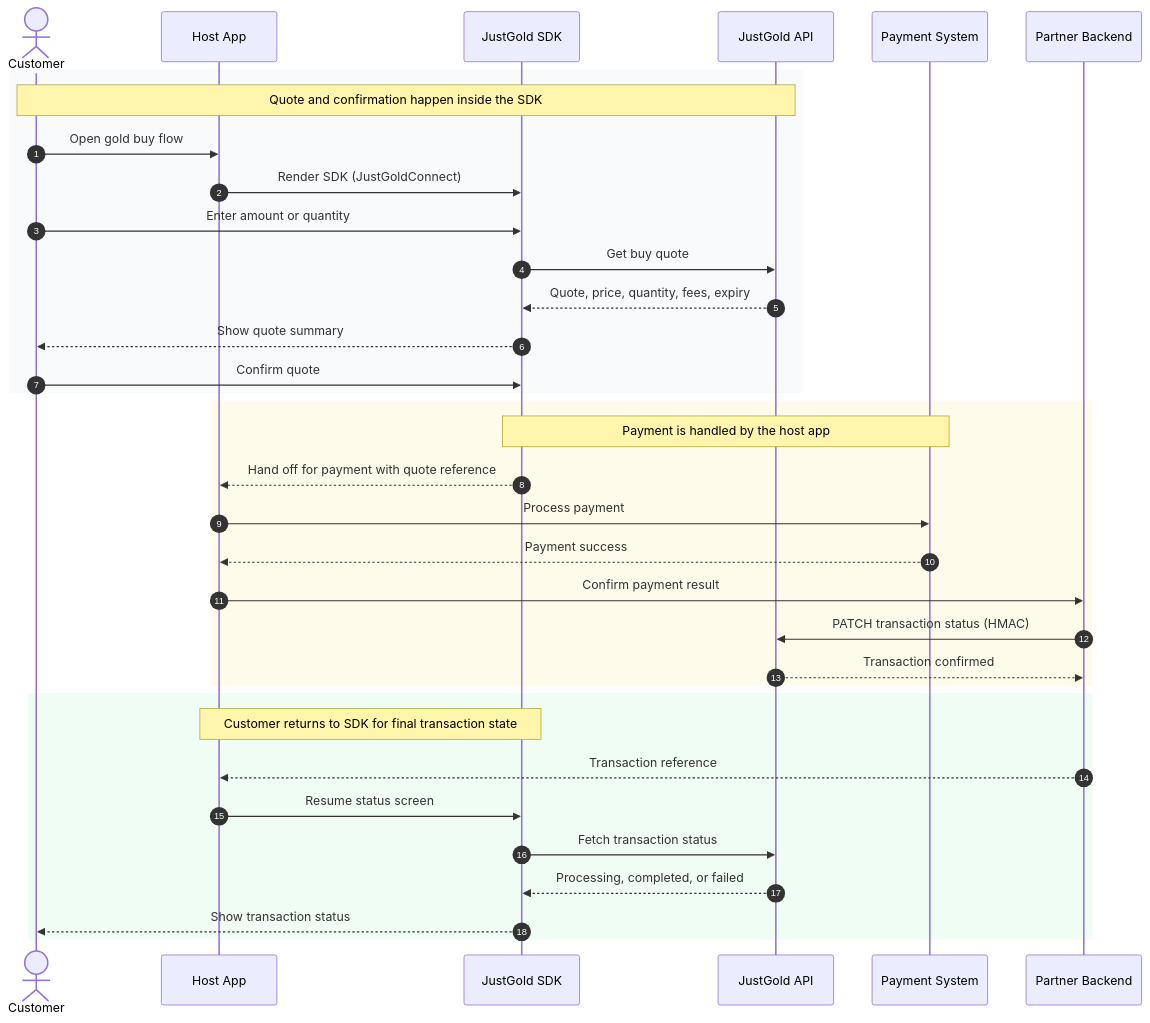
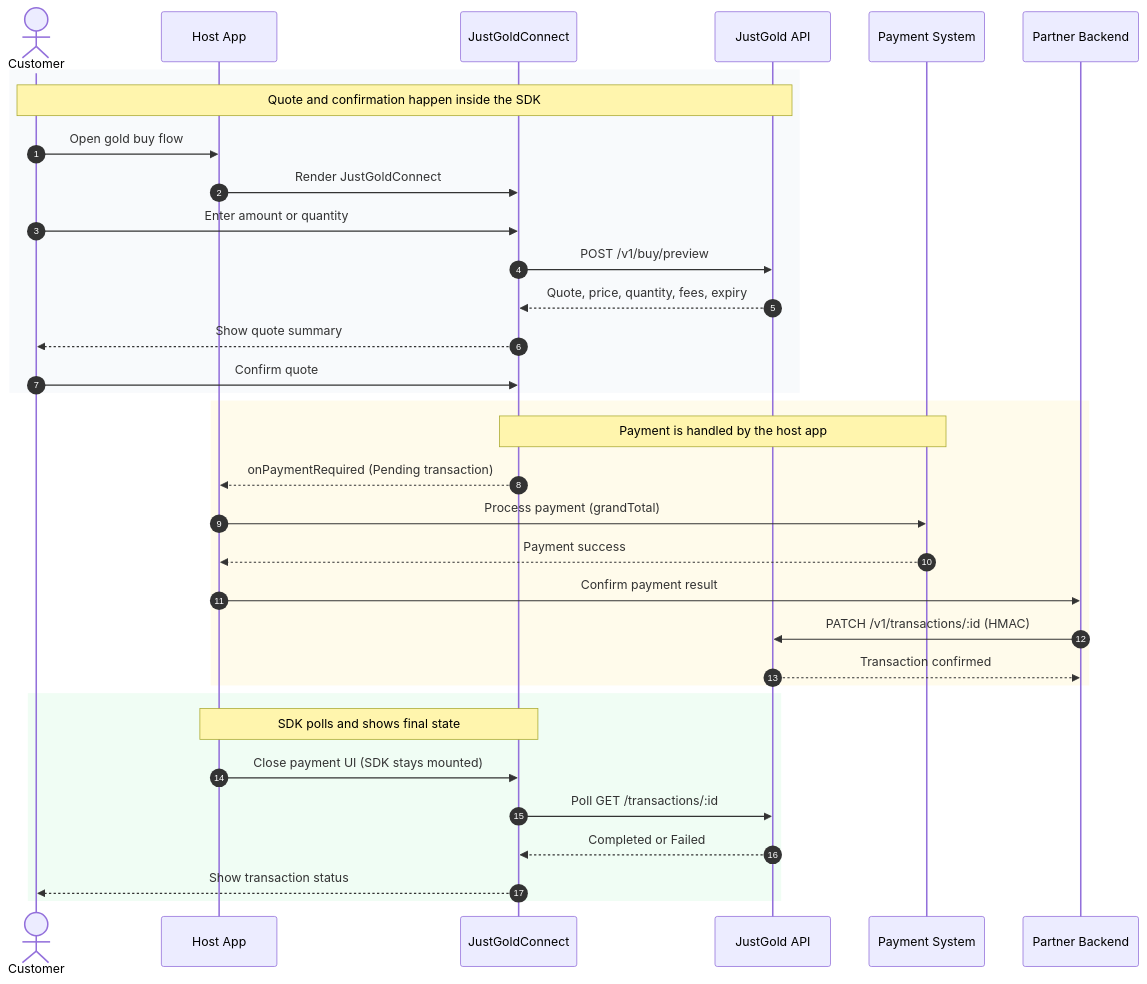
Before and after one commit to Just-Gold-JG/docs: the second of 2 diagrams in sdk/overview.md, drawn with Mermaid. The commit also changed other lines of this file and 7 other files, not shown here.

````diff
--- a/sdk/overview.md
+++ b/sdk/overview.md
@@ -74,40 +89,39 @@
 ```mermaid
 sequenceDiagram
     autonumber
     actor Customer
     participant Host as Host App
-    participant SDK as JustGold SDK
+    participant SDK as JustGoldConnect
     participant JG as JustGold API
     participant Pay as Payment System
     participant Backend as Partner Backend
 
     rect rgb(248, 250, 252)
         Note over Customer,JG: Quote and confirmation happen inside the SDK
         Customer->>Host: Open gold buy flow
-        Host->>SDK: Render SDK (JustGoldConnect)
+        Host->>SDK: Render JustGoldConnect
         Customer->>SDK: Enter amount or quantity
-        SDK->>JG: Get buy quote
+        SDK->>JG: POST /v1/buy/preview
         JG-->>SDK: Quote, price, quantity, fees, expiry
         SDK-->>Customer: Show quote summary
         Customer->>SDK: Confirm quote
     end
 
     rect rgb(255, 251, 235)
         Note over SDK,Pay: Payment is handled by the host app
-        SDK-->>Host: Hand off for payment with quote reference
-        Host->>Pay: Process payment
+        SDK-->>Host: onPaymentRequired (Pending transaction)
+        Host->>Pay: Process payment (grandTotal)
         Pay-->>Host: Payment success
         Host->>Backend: Confirm payment result
-        Backend->>JG: PATCH transaction status (HMAC)
+        Backend->>JG: PATCH /v1/transactions/:id (HMAC)
         JG-->>Backend: Transaction confirmed
     end
 
     rect rgb(240, 253, 244)
-        Note over Host,SDK: Customer returns to SDK for final transaction state
-        Backend-->>Host: Transaction reference
-        Host->>SDK: Resume status screen
-        SDK->>JG: Fetch transaction status
-        JG-->>SDK: Processing, completed, or failed
+        Note over Host,SDK: SDK polls and shows final state
+        Host->>SDK: Close payment UI (SDK stays mounted)
+        SDK->>JG: Poll GET /transactions/:id
+        JG-->>SDK: Completed or Failed
         SDK-->>Customer: Show transaction status
     end
 ```
````
